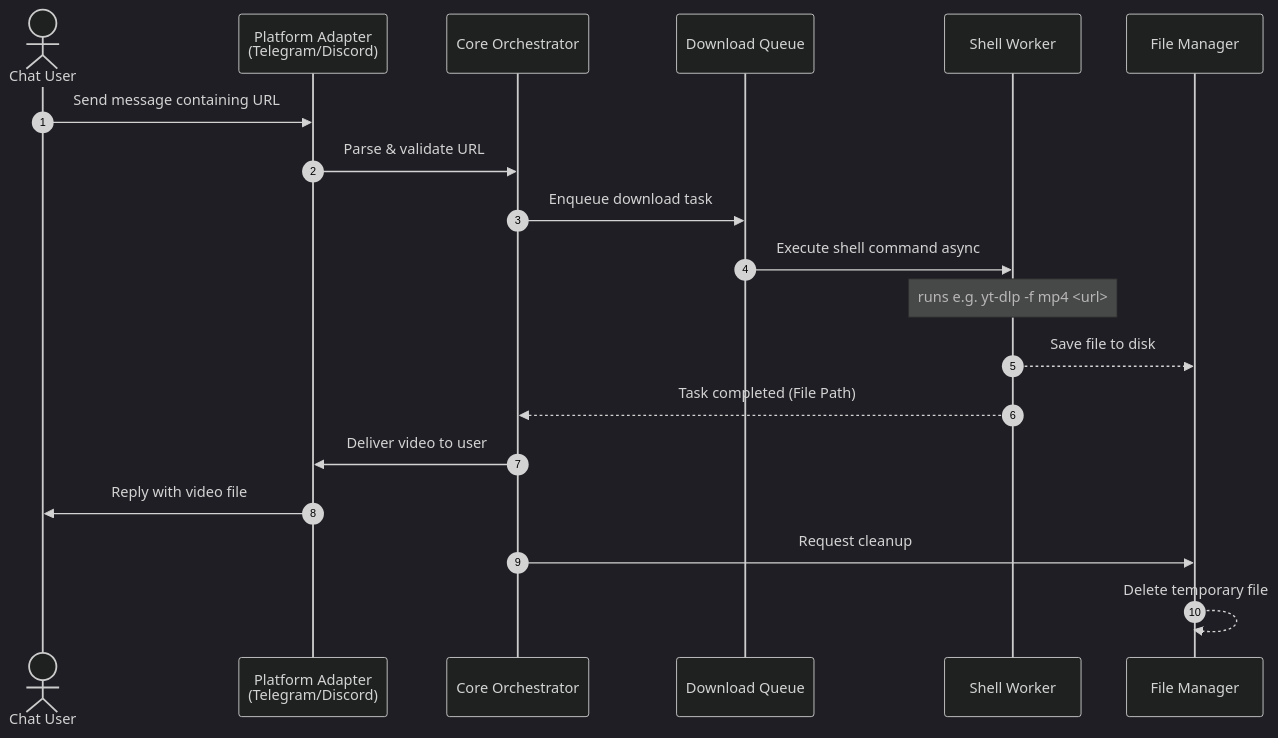
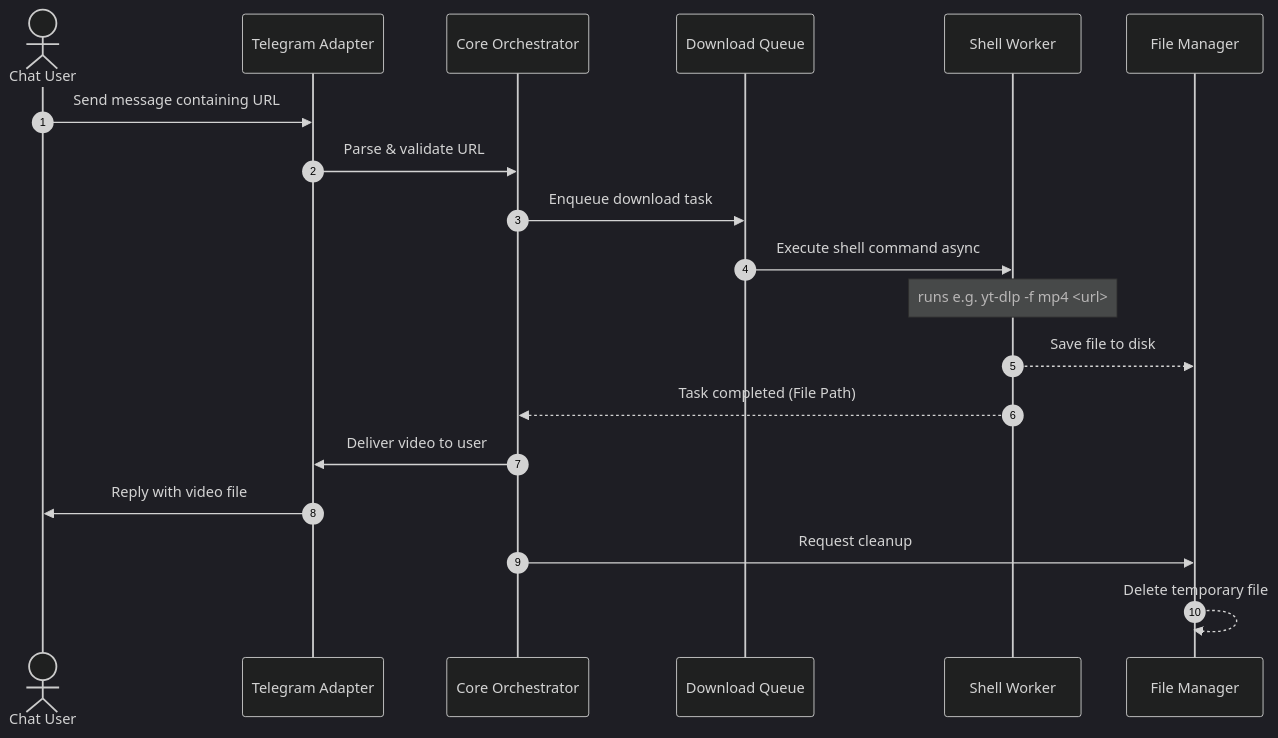
One commit to motiko/VideoLib changed the diagram in README.md. Above: the diagram before and after it, drawn with Mermaid (dark theme). The commit also changed other lines of this file and 7 other files, not shown here.

````diff
--- a/README.md
+++ b/README.md
@@ -27,22 +26,22 @@
 ```mermaid
 sequenceDiagram
     autonumber
     actor User as Chat User
-    participant Adapter as Platform Adapter<br/>(Telegram/Discord)
+    participant Adapter as Telegram Adapter
     participant Engine as Core Orchestrator
     participant Queue as Download Queue
     participant Shell as Shell Worker
     participant Storage as File Manager
 
     User->>Adapter: Send message containing URL
     Adapter->>Engine: Parse & validate URL
     Engine->>Queue: Enqueue download task
     Queue->>Shell: Execute shell command async
     Note over Shell: runs e.g. yt-dlp -f mp4 <url>
     Shell-->>Storage: Save file to disk
     Shell-->>Engine: Task completed (File Path)
     Engine->>Adapter: Deliver video to user
     Adapter->>User: Reply with video file
     Engine->>Storage: Request cleanup
     Storage-->>Storage: Delete temporary file
 ```
````
